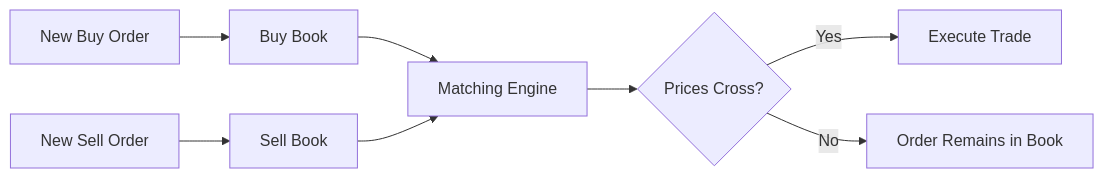
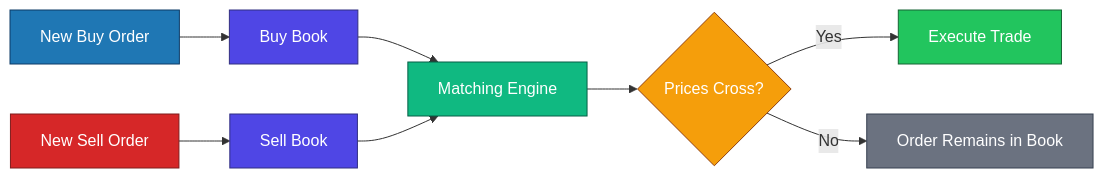
One commit to Amit-sandhu/Limit-Order-Book-Simulator changed the diagram in README.md. Above: the diagram before and after it, drawn with Mermaid.

````diff
--- a/README.md
+++ b/README.md
@@ -64,13 +64,26 @@
 ```mermaid
 flowchart LR
     A[New Buy Order] --> C[Buy Book]
     B[New Sell Order] --> D[Sell Book]
 
     C --> E[Matching Engine]
     D --> E
 
     E --> F{Prices Cross?}
 
     F -->|Yes| G[Execute Trade]
     F -->|No| H[Order Remains in Book]
+
+    style A fill:#1f77b4,stroke:#0d3b66,color:#ffffff
+    style B fill:#d62728,stroke:#7f1d1d,color:#ffffff
+
+    style C fill:#4f46e5,stroke:#312e81,color:#ffffff
+    style D fill:#4f46e5,stroke:#312e81,color:#ffffff
+
+    style E fill:#10b981,stroke:#065f46,color:#ffffff
+
+    style F fill:#f59e0b,stroke:#92400e,color:#ffffff
+
+    style G fill:#22c55e,stroke:#166534,color:#ffffff
+    style H fill:#6b7280,stroke:#374151,color:#ffffff
 ```
````
